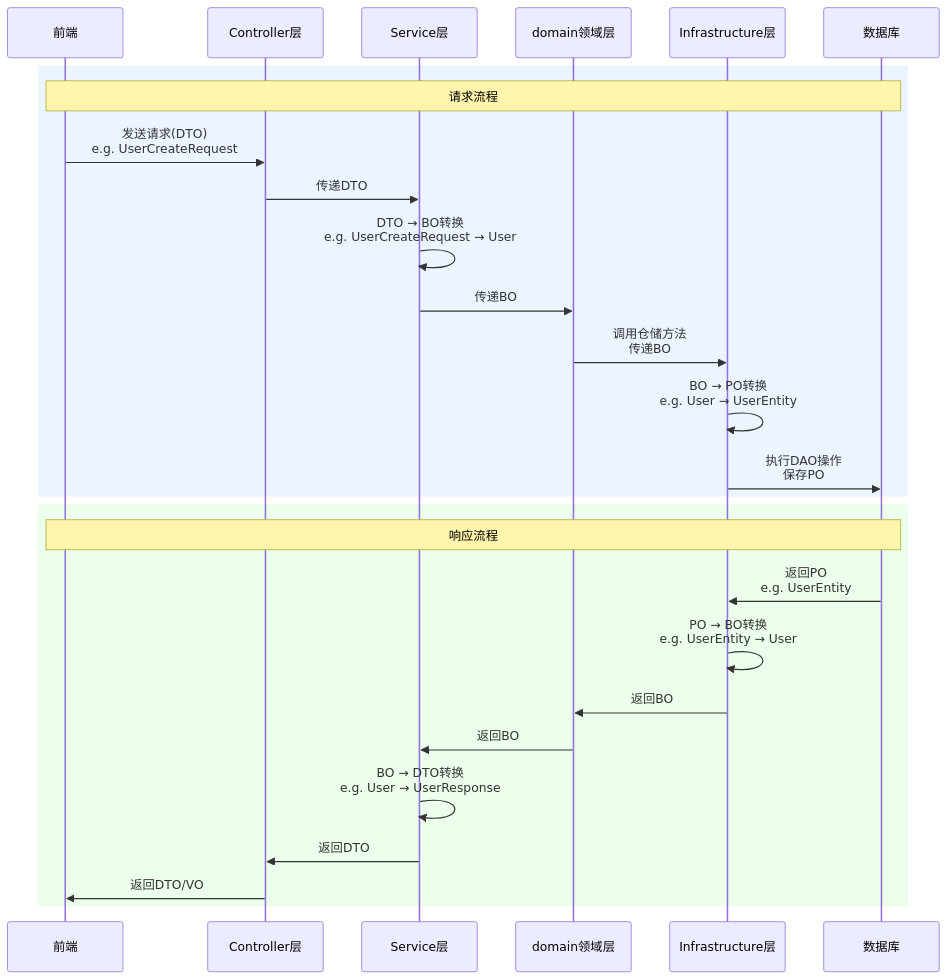
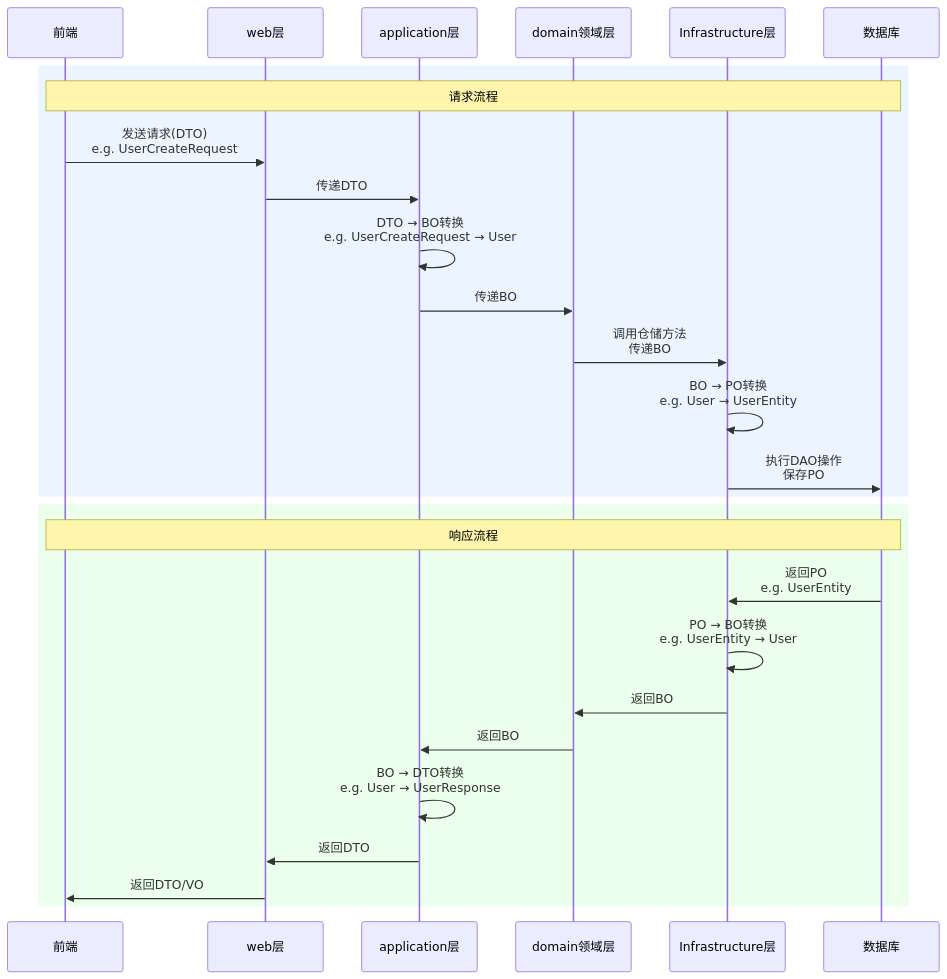
The third of 4 diagrams in docs/springboot/springboot项目中 PO BO VO DTO POJO DAO概念及其作用（附转换图）.md (edisonwd/myblog), drawn with Mermaid before and after one commit. The commit also changed other lines of this file, not shown here.

Commit message:
Update springboot项目中 PO BO VO DTO POJO DAO概念及其作用（附转换图）.md

````diff
--- a/docs/springboot/springboot项目中 PO BO VO DTO POJO DAO概念及其作用（附转换图）.md
+++ b/docs/springboot/springboot项目中 PO BO VO DTO POJO DAO概念及其作用（附转换图）.md
@@ -198,32 +198,32 @@
 ```mermaid
 
 sequenceDiagram
     participant Frontend as 前端
-    participant Controller as Controller层
-    participant Service as Service层
+    participant web as web层
+    participant application as application层
     participant domain as domain领域层
     participant Infrastructure as Infrastructure层
     participant Database as 数据库
 
     rect rgb(191, 223, 255, 0.3)
     note over Frontend,Database: 请求流程
-    Frontend->>Controller: 发送请求(DTO)<br/>e.g. UserCreateRequest
-    Controller->>Service: 传递DTO
-    Service->>Service: DTO → BO转换<br/>e.g. UserCreateRequest → User
-    Service->>domain: 传递BO
+    Frontend->>web: 发送请求(DTO)<br/>e.g. UserCreateRequest
+    web->>application: 传递DTO
+    application->>application: DTO → BO转换<br/>e.g. UserCreateRequest → User
+    application->>domain: 传递BO
     domain->>Infrastructure: 调用仓储方法<br/>传递BO
     Infrastructure->>Infrastructure: BO → PO转换<br/>e.g. User → UserEntity
     Infrastructure->>Database: 执行DAO操作<br/>保存PO
     end
 
     rect rgb(191, 255, 191, 0.3)
     note over Database,Frontend: 响应流程
     Database->>Infrastructure: 返回PO<br/>e.g. UserEntity
     Infrastructure->>Infrastructure: PO → BO转换<br/>e.g. UserEntity → User
     Infrastructure->>domain: 返回BO
-    domain->>Service: 返回BO
-    Service->>Service: BO → DTO转换<br/>e.g. User → UserResponse
-    Service->>Controller: 返回DTO
-    Controller->>Frontend: 返回DTO/VO
+    domain->>application: 返回BO
+    application->>application: BO → DTO转换<br/>e.g. User → UserResponse
+    application->>web: 返回DTO
+    web->>Frontend: 返回DTO/VO
     end
 ```
````
